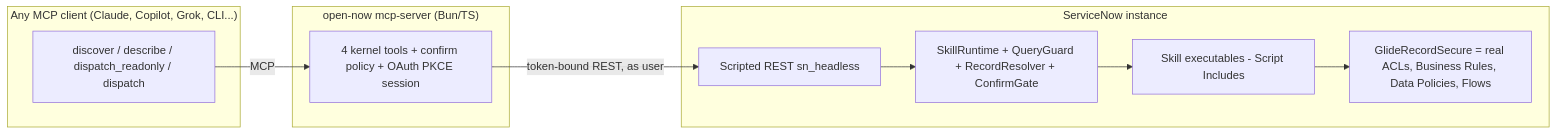
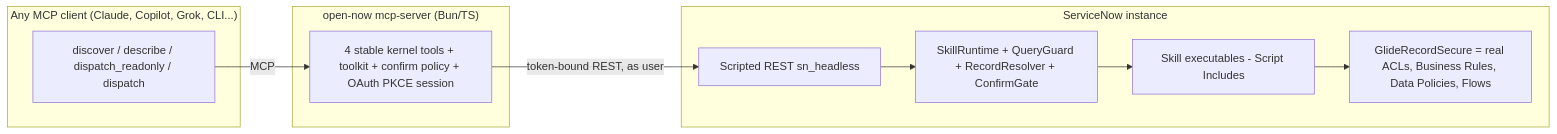
Before and after one commit to syndicalt/openow-mcp: the diagram in README.md, drawn with Mermaid. The commit also changed other lines of this file, not shown here.

Commit message:
docs: reflect actual tool surface (kernel + skills + toolkit) in README (#1)

````diff
--- a/README.md
+++ b/README.md
@@ -13,16 +13,16 @@
 ```mermaid
 flowchart LR
     subgraph Client["Any MCP client (Claude, Copilot, Grok, CLI...)"]
         C1[discover / describe / dispatch_readonly / dispatch]
     end
     subgraph Kernel["open-now mcp-server (Bun/TS)"]
-        T[4 kernel tools + confirm policy + OAuth PKCE session]
+        T[4 stable kernel tools + toolkit + confirm policy + OAuth PKCE session]
     end
     subgraph Instance["ServiceNow instance"]
         REST[Scripted REST sn_headless]
         RT[SkillRuntime + QueryGuard + RecordResolver + ConfirmGate]
         EXEC[Skill executables - Script Includes]
         GLIDE[GlideRecordSecure = real ACLs, Business Rules, Data Policies, Flows]
     end
     C1 -- MCP --> T -- token-bound REST, as user --> REST --> RT --> EXEC --> GLIDE
 ```
````
